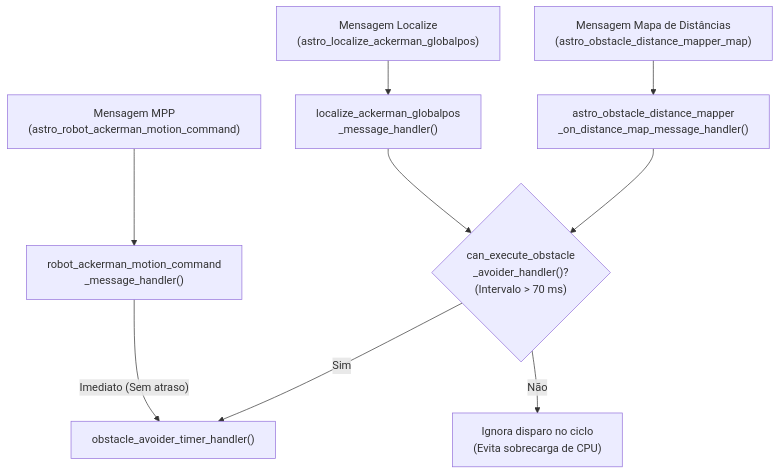
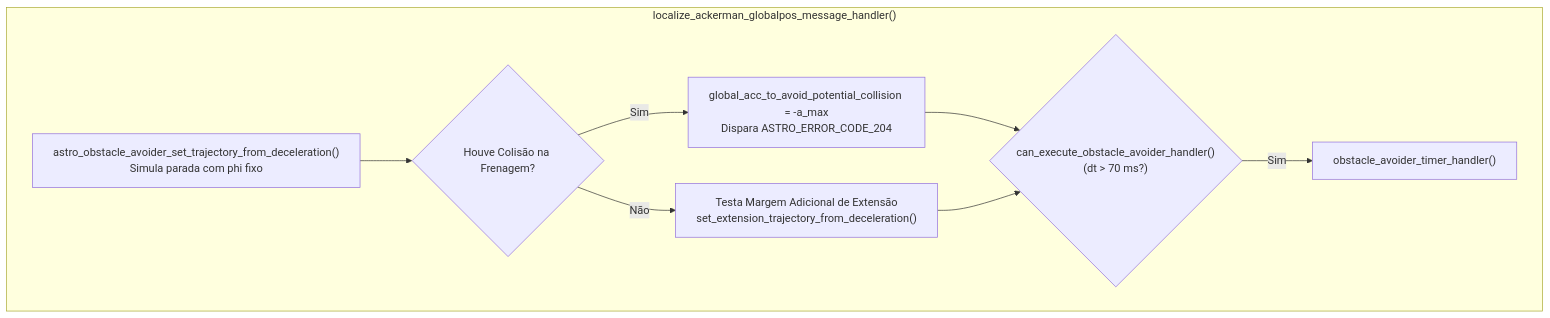
One commit to BrenoCSilva/lume changed the first of 2 diagrams in README.md. Above: the diagram before and after it, drawn with Mermaid. The commit also changed other lines of this file, not shown here.

````diff
--- a/README.md
+++ b/README.md
@@ -45,13 +21,13 @@
 ```mermaid
 flowchart TD
-    M1["Mensagem MPP<br/>(astro_robot_ackerman_motion_command)"] --> H1["robot_ackerman_motion_command<br/>_message_handler()"]
-    M2["Mensagem Localize<br/>(astro_localize_ackerman_globalpos)"] --> H2["localize_ackerman_globalpos<br/>_message_handler()"]
-    M3["Mensagem Mapa de Distâncias<br/>(astro_obstacle_distance_mapper_map)"] --> H3["astro_obstacle_distance_mapper<br/>_on_distance_map_message_handler()"]
-
-    H1 -->|"Imediato (Sem atraso)"| CORE["obstacle_avoider_timer_handler()"]
-    H2 --> LIM{"can_execute_obstacle<br/>_avoider_handler()?<br/>(Intervalo &gt; 70 ms)"}
-    H3 --> LIM
-
-    LIM -- Sim --> CORE
-    LIM -- Não --> IGNORE["Ignora disparo no ciclo<br/>(Evita sobrecarga de CPU)"]
+    subgraph HANDLER ["localize_ackerman_globalpos_message_handler()"]
+        PREV["astro_obstacle_avoider_set_trajectory_from_deceleration()<br/>Simula parada com phi fixo"]
+        PREV --> RES{"Houve Colisão na Frenagem?"}
+        RES -- "Sim" --> SET_ACC["global_acc_to_avoid_potential_collision = -a_max<br/>Dispara ASTRO_ERROR_CODE_204"]
+        RES -- "Não" --> CHECK_EXT["Testa Margem Adicional de Extensão<br/>set_extension_trajectory_from_deceleration()"]
+        
+        SET_ACC --> GATE{"can_execute_obstacle_avoider_handler()<br/>(dt &gt; 70 ms?)"}
+        CHECK_EXT --> GATE
+        GATE -- "Sim" --> TIMER["obstacle_avoider_timer_handler()"]
+    end
 ```
````
